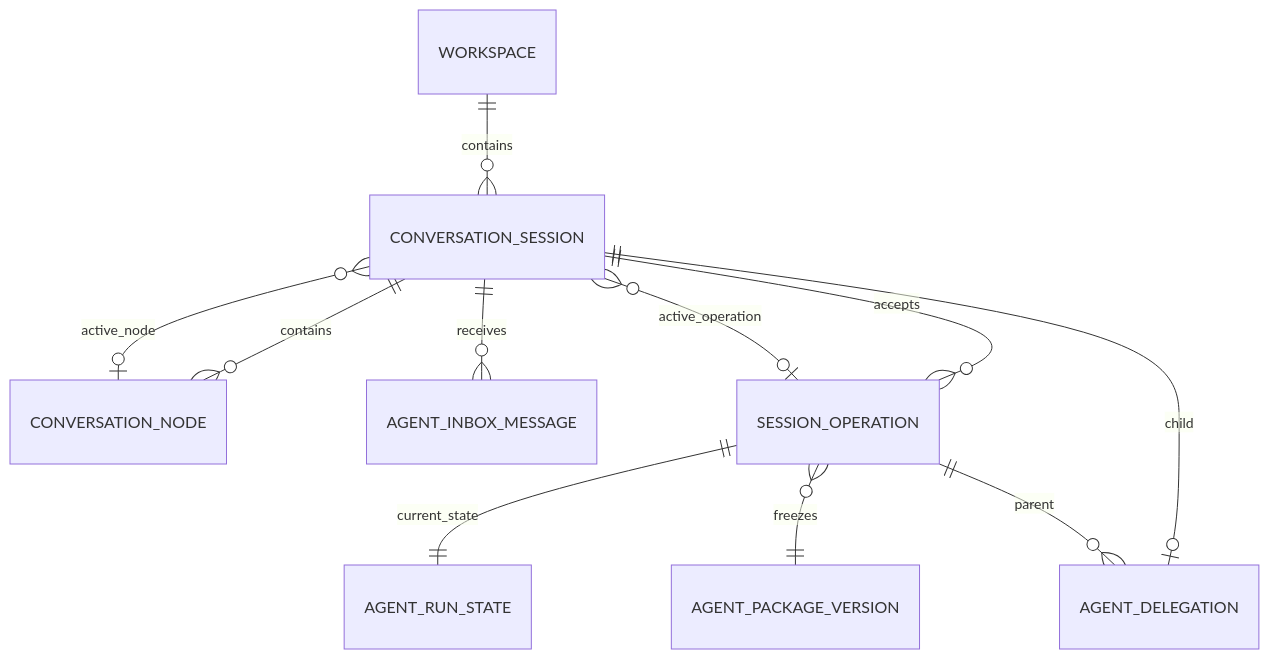
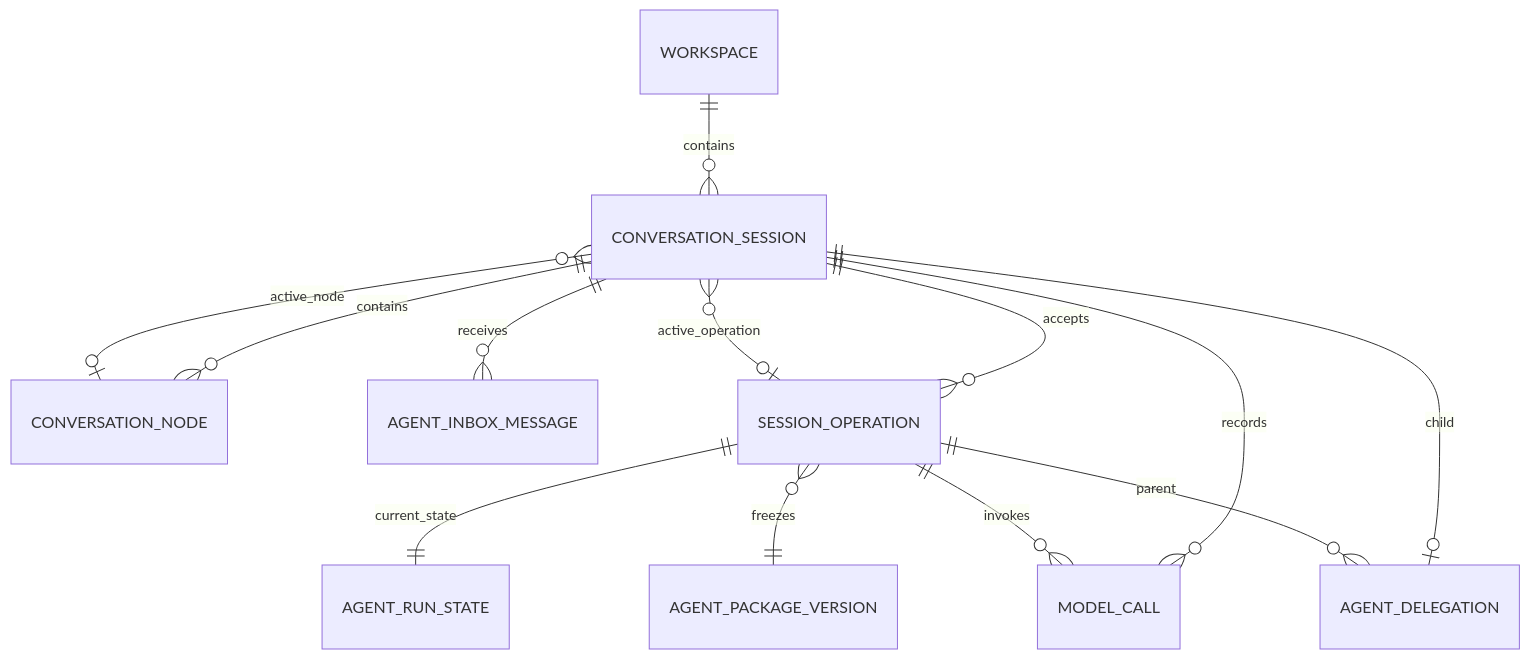
The diagram in docs/upgrade/2026-07-12-db-entities.md (xiesunsun/MyOpenClaw), drawn with Mermaid before and after one commit. The commit also changed other lines of this file and 5 other files, not shown here.

Commit message:
docs: 定稿 ModelCall 可靠数据底座合同

````diff
--- a/docs/upgrade/2026-07-12-db-entities.md
+++ b/docs/upgrade/2026-07-12-db-entities.md
@@ -13,13 +13,15 @@
 ```mermaid
 erDiagram
     WORKSPACE ||--o{ CONVERSATION_SESSION : contains
     CONVERSATION_SESSION ||--o{ CONVERSATION_NODE : contains
     CONVERSATION_SESSION ||--o{ AGENT_INBOX_MESSAGE : receives
     CONVERSATION_SESSION ||--o{ SESSION_OPERATION : accepts
     CONVERSATION_SESSION }o--o| CONVERSATION_NODE : active_node
     CONVERSATION_SESSION }o--o| SESSION_OPERATION : active_operation
     SESSION_OPERATION ||--|| AGENT_RUN_STATE : current_state
     SESSION_OPERATION }o--|| AGENT_PACKAGE_VERSION : freezes
+    CONVERSATION_SESSION ||--o{ MODEL_CALL : records
+    SESSION_OPERATION ||--o{ MODEL_CALL : invokes
     CONVERSATION_SESSION ||--o| AGENT_DELEGATION : child
     SESSION_OPERATION ||--o{ AGENT_DELEGATION : parent
 ```
````
